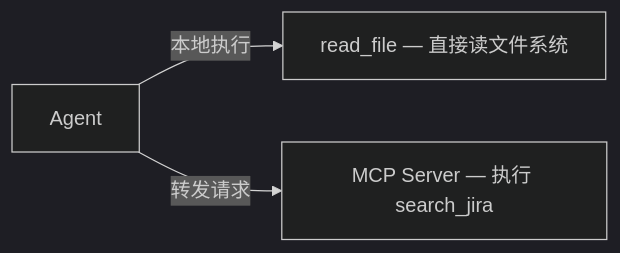
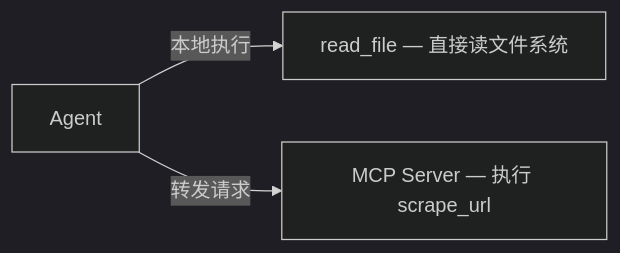
The second of 2 diagrams in docs/guide/mcp.md (cuipengfei/adopt-agentic), drawn with Mermaid (dark theme) before and after one commit. The commit also changed other lines of this file and 11 other files, not shown here.

````diff
--- a/docs/guide/mcp.md
+++ b/docs/guide/mcp.md
@@ -87,5 +115,5 @@
 ```mermaid
 flowchart LR
   A[Agent] -->|本地执行| B["read_file — 直接读文件系统"]
-  A -->|转发请求| C["MCP Server — 执行 search_jira"]
+  A -->|转发请求| C["MCP Server — 执行 scrape_url"]
 ```
````
